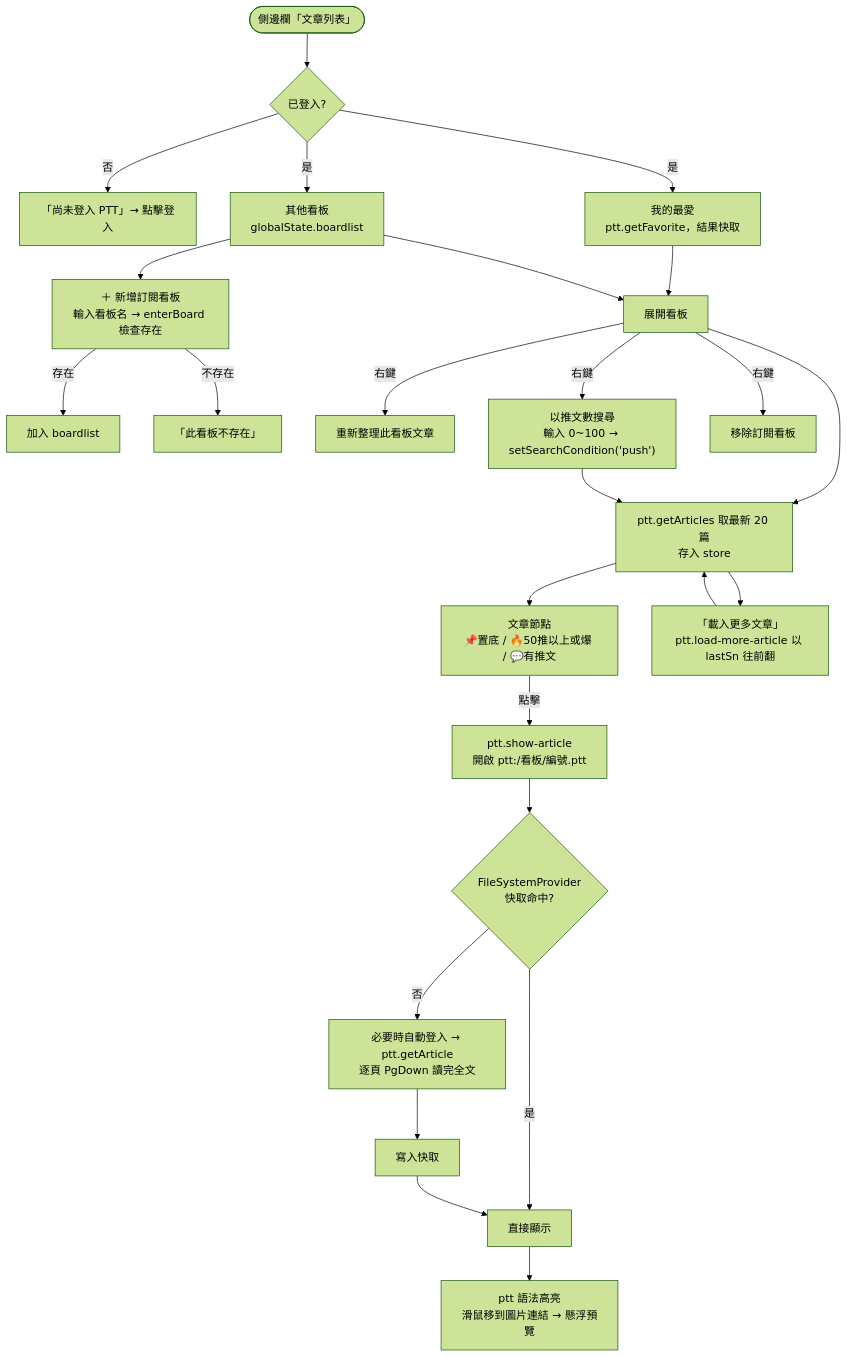
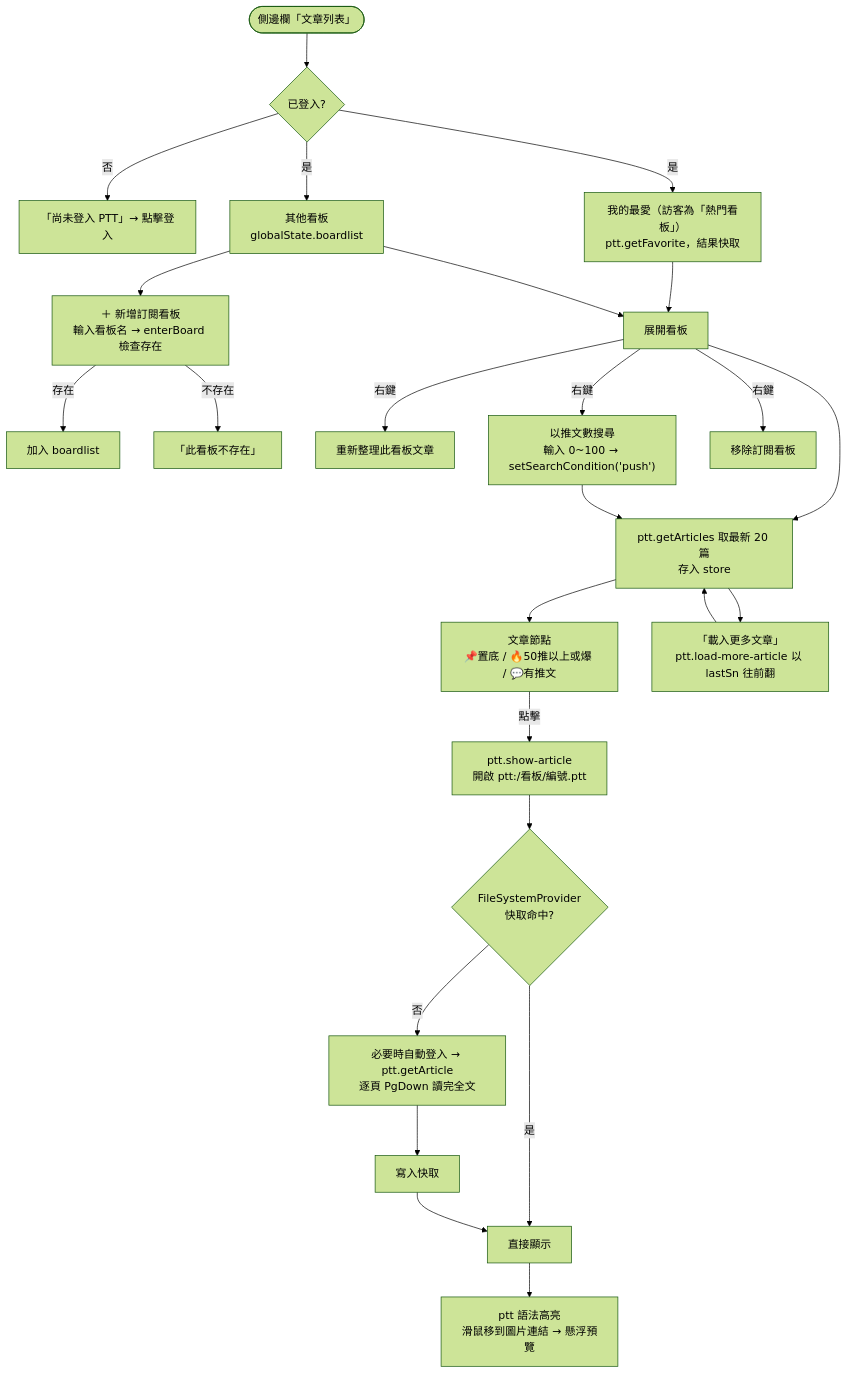
The third of 4 diagrams in docs/ARCHITECTURE.md (kalpy-HI/vscode-ptt), drawn with Mermaid (forest theme) before and after one commit. The commit also changed other lines of this file and 4 other files, not shown here.

First line of the commit message:
Guest mode: label hot boards as 熱門看板 instead of 我的最愛

````diff
--- a/docs/ARCHITECTURE.md
+++ b/docs/ARCHITECTURE.md
@@ -74,27 +74,27 @@
 ```mermaid
 flowchart TD
   A([側邊欄「文章列表」]) --> B{已登入?}
   B -- 否 --> L[「尚未登入 PTT」→ 點擊登入]
-  B -- 是 --> C[我的最愛<br/>ptt.getFavorite，結果快取]
+  B -- 是 --> C[我的最愛（訪客為「熱門看板」）<br/>ptt.getFavorite，結果快取]
   B -- 是 --> D[其他看板<br/>globalState.boardlist]
 
   D --> D1["＋ 新增訂閱看板<br/>輸入看板名 → enterBoard 檢查存在"]
   D1 -- 存在 --> D2[加入 boardlist]
   D1 -- 不存在 --> D3[「此看板不存在」]
 
   C & D --> E[展開看板]
   E --> F[ptt.getArticles 取最新 20 篇<br/>存入 store]
   F --> G[文章節點<br/>📌置底 / 🔥50推以上或爆 / 💬有推文]
   F --> H[「載入更多文章」<br/>ptt.load-more-article 以 lastSn 往前翻]
   H --> F
 
   G -- 點擊 --> I["ptt.show-article<br/>開啟 ptt:/看板/編號.ptt"]
   I --> J{FileSystemProvider<br/>快取命中?}
   J -- 是 --> K[直接顯示]
   J -- 否 --> J1[必要時自動登入 → ptt.getArticle<br/>逐頁 PgDown 讀完全文] --> J2[寫入快取] --> K
   K --> K1[ptt 語法高亮<br/>滑鼠移到圖片連結 → 懸浮預覽]
 
   E -- 右鍵 --> R1[重新整理此看板文章]
   E -- 右鍵 --> R2["以推文數搜尋<br/>輸入 0~100 → setSearchCondition('push')"] --> F
   E -- 右鍵 --> R3[移除訂閱看板]
 ```
````
